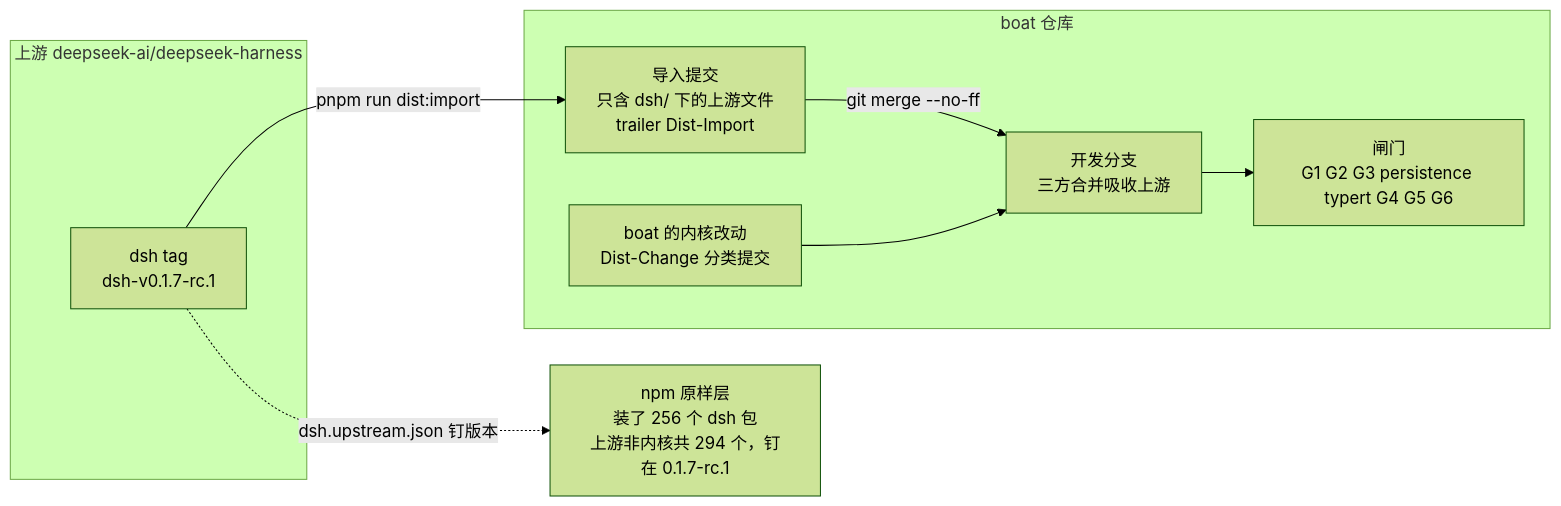
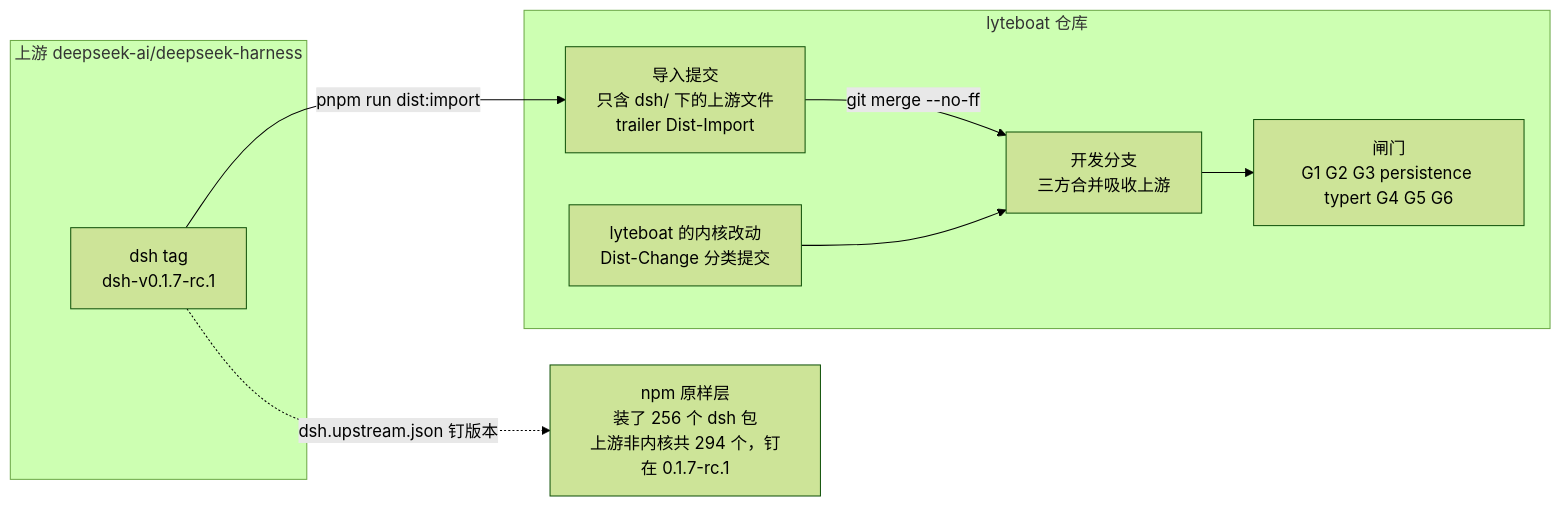
Before and after one commit to lyteboat/boat: the first of 13 diagrams in docs/02-distribution.md, drawn with Mermaid (forest theme). The commit also changed other lines of this file and 316 other files, not shown here.

````diff
--- a/docs/02-distribution.md
+++ b/docs/02-distribution.md
@@ -47,18 +47,18 @@
 ```mermaid
 flowchart LR
   subgraph UP["上游 deepseek-ai/deepseek-harness"]
     TAG["dsh tag<br/>dsh-v0.1.7-rc.1"]
   end
-  subgraph REPO["boat 仓库"]
+  subgraph REPO["lyteboat 仓库"]
     IMP["导入提交<br/>只含 dsh/ 下的上游文件<br/>trailer Dist-Import"]
-    CH["boat 的内核改动<br/>Dist-Change 分类提交"]
+    CH["lyteboat 的内核改动<br/>Dist-Change 分类提交"]
     BR["开发分支<br/>三方合并吸收上游"]
     GATES["闸门<br/>G1 G2 G3 persistence typert G4 G5 G6"]
   end
   NPM["npm 原样层<br/>装了 256 个 dsh 包<br/>上游非内核共 294 个，钉在 0.1.7-rc.1"]
   TAG -->|"pnpm run dist:import"| IMP
   IMP -->|"git merge --no-ff"| BR
   CH --> BR
   BR --> GATES
   TAG -.->|"dsh.upstream.json 钉版本"| NPM
 ```
````
